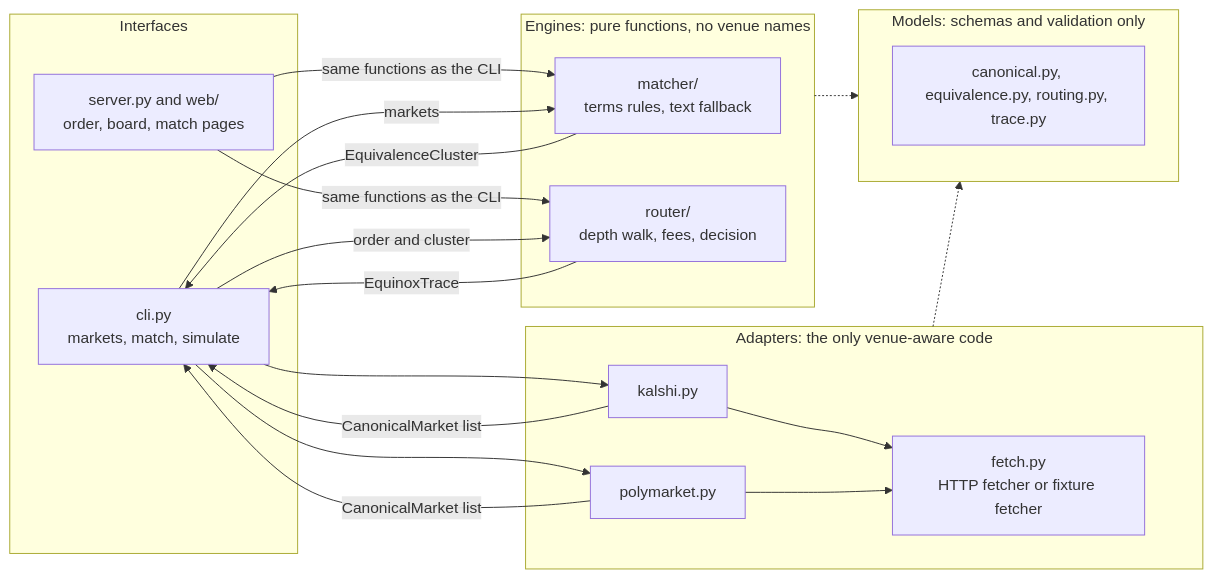
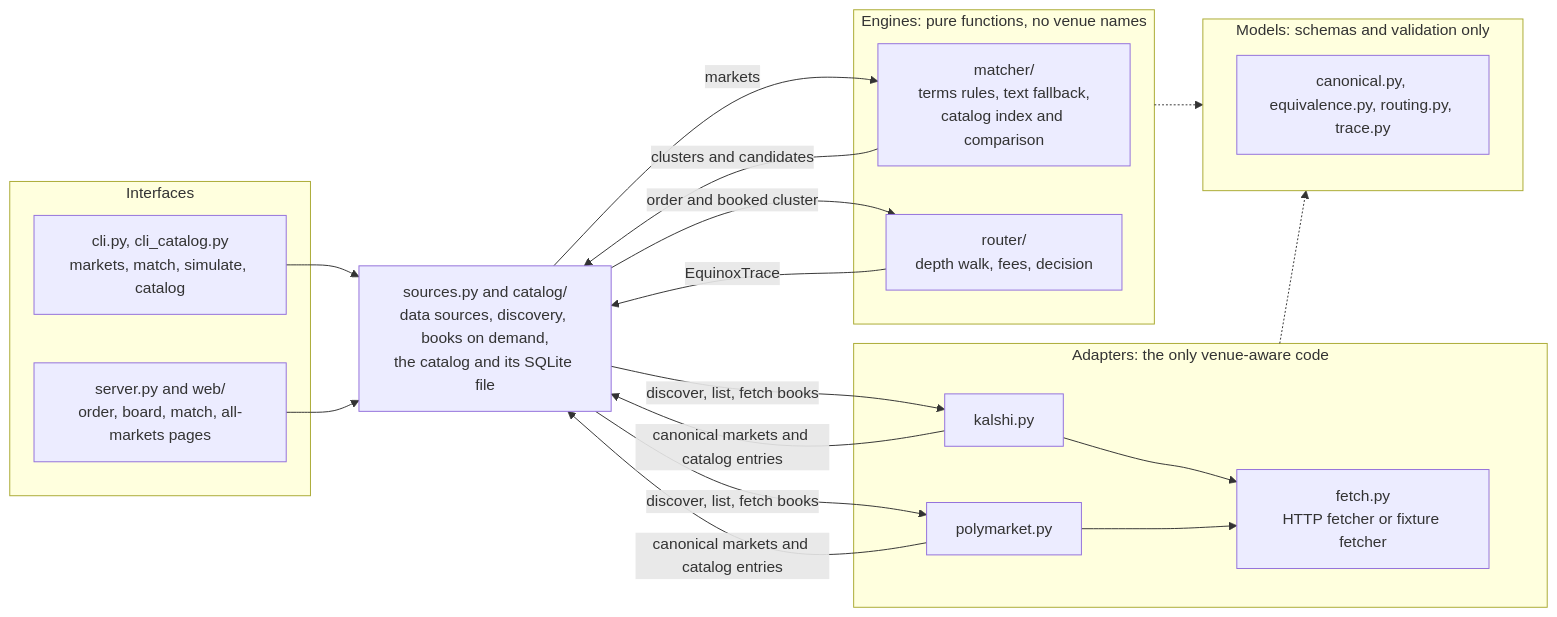
Before and after one commit to joshuatagoe/project-equinox: the diagram in README.md, drawn with Mermaid. The commit also changed other lines of this file and 27 other files, not shown here.

````diff
--- a/README.md
+++ b/README.md
@@ -88,29 +98,30 @@
 ```mermaid
 flowchart LR
     subgraph IN["Interfaces"]
-        CLI["cli.py<br/>markets, match, simulate"]
-        UI["server.py and web/<br/>order, board, match pages"]
+        CLI["cli.py, cli_catalog.py<br/>markets, match, simulate, catalog"]
+        UI["server.py and web/<br/>order, board, match, all-markets pages"]
     end
+    SRC["sources.py and catalog/<br/>data sources, discovery, books on demand,<br/>the catalog and its SQLite file"]
     subgraph AD["Adapters: the only venue-aware code"]
         K["kalshi.py"]
         P["polymarket.py"]
         F["fetch.py<br/>HTTP fetcher or fixture fetcher"]
     end
     subgraph EN["Engines: pure functions, no venue names"]
-        MA["matcher/<br/>terms rules, text fallback"]
+        MA["matcher/<br/>terms rules, text fallback,<br/>catalog index and comparison"]
         RO["router/<br/>depth walk, fees, decision"]
     end
     subgraph MO["Models: schemas and validation only"]
         CM["canonical.py, equivalence.py, routing.py, trace.py"]
     end
-    CLI --> K & P
-    UI -->|same functions as the CLI| MA & RO
+    CLI & UI --> SRC
+    SRC -->|discover, list, fetch books| K & P
     K & P --> F
-    K & P -->|CanonicalMarket list| CLI
-    CLI -->|markets| MA
-    MA -->|EquivalenceCluster| CLI
-    CLI -->|order and cluster| RO
-    RO -->|EquinoxTrace| CLI
+    K & P -->|canonical markets and catalog entries| SRC
+    SRC -->|markets| MA
+    MA -->|clusters and candidates| SRC
+    SRC -->|order and booked cluster| RO
+    RO -->|EquinoxTrace| SRC
     AD -.-> MO
     EN -.-> MO
 ```
````
